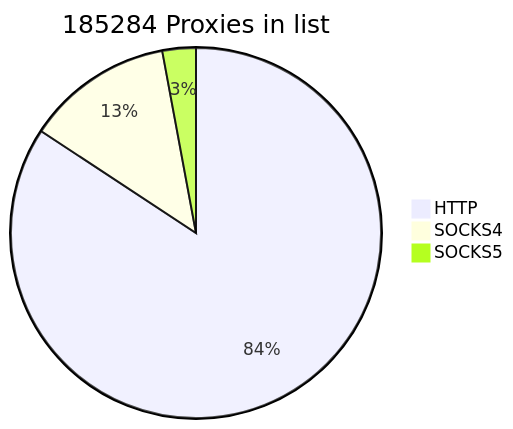
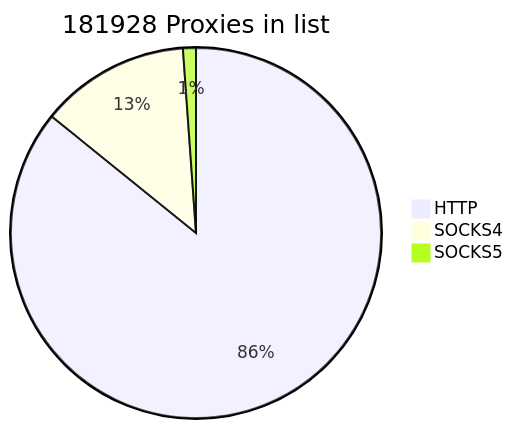
One commit to cutipu/proxylist changed the first of 2 diagrams in README.md. Above: the diagram before and after it, drawn with Mermaid. The commit also changed other lines of this file, not shown here.

````diff
--- a/README.md
+++ b/README.md
@@ -2,7 +2,7 @@
 ```mermaid
-pie title 185284 Proxies in list
+pie title 181928 Proxies in list
     "HTTP" : 156124
     "SOCKS4" : 23748
-    "SOCKS5" : 5412
+    "SOCKS5" : 2056
             
 ```
````
